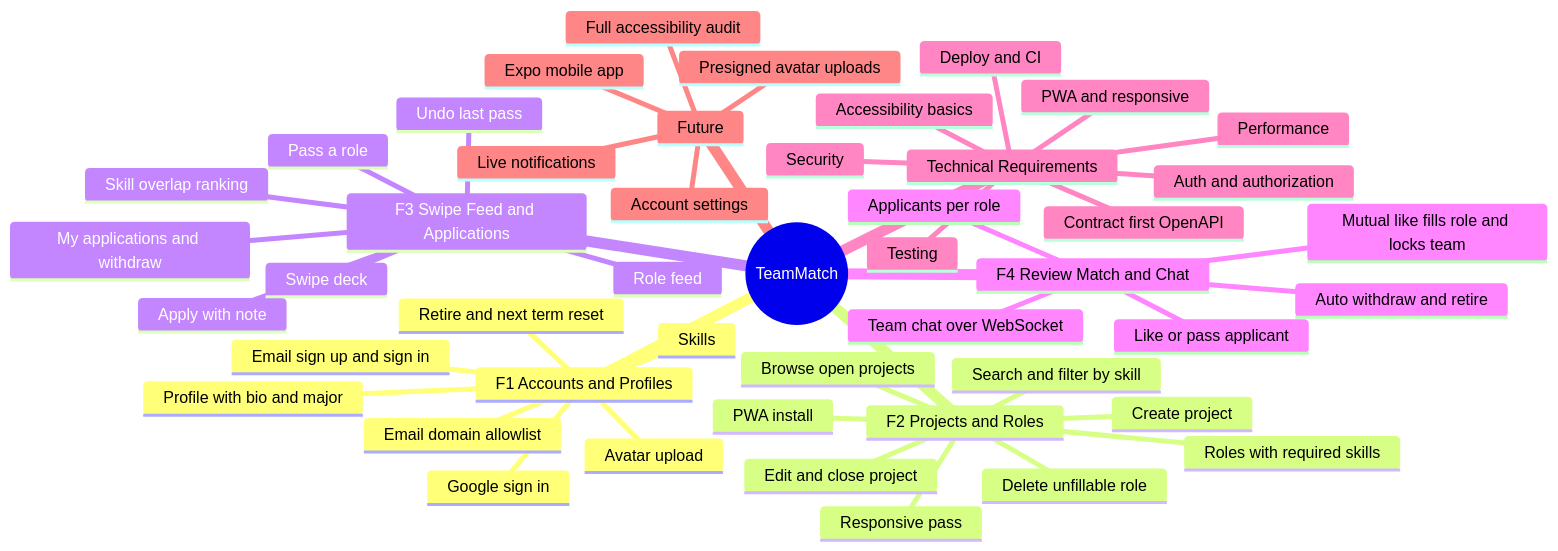
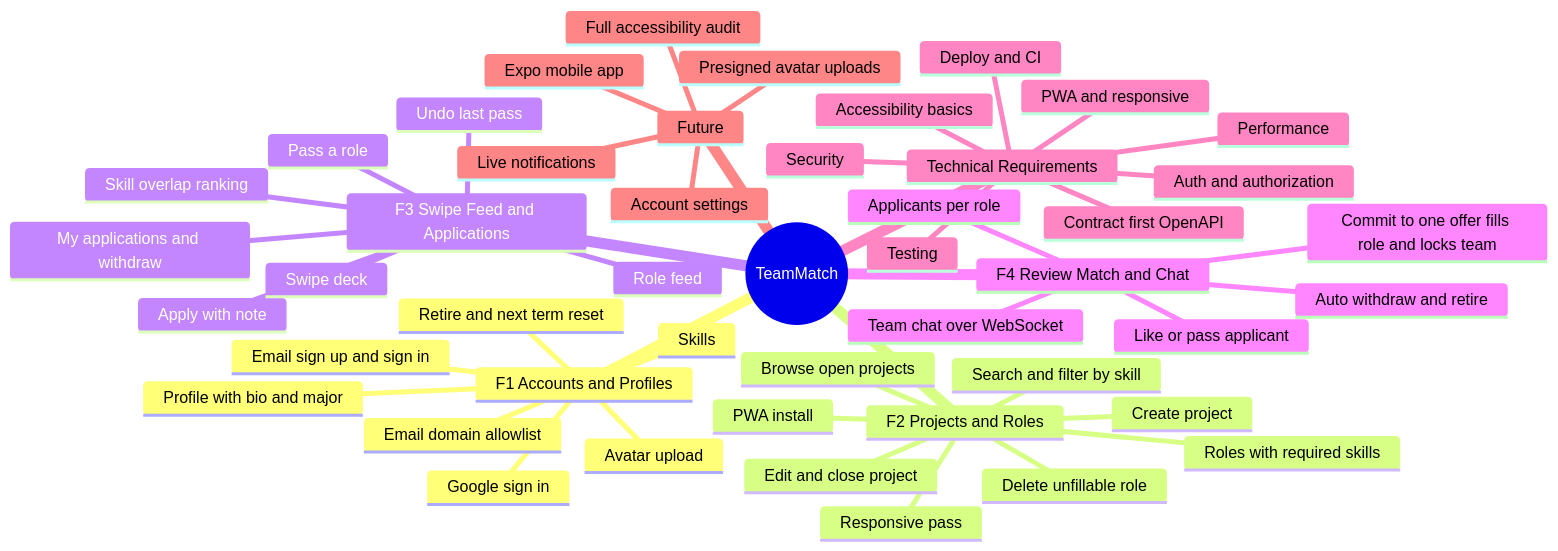
Before and after one commit to season101/teammatch: the second of 2 diagrams in docs/product/prd.md, drawn with Mermaid. The commit also changed other lines of this file and 21 other files, not shown here.

First line of the commit message:
feat(matching): commit to one offer (F4-10) (#216)

````diff
--- a/docs/product/prd.md
+++ b/docs/product/prd.md
@@ -157,50 +157,50 @@
 ```mermaid
 mindmap
   root((TeamMatch))
     F1 Accounts and Profiles
       Email sign up and sign in
       Google sign in
       Email domain allowlist
       Profile with bio and major
       Skills
       Avatar upload
       Retire and next term reset
     F2 Projects and Roles
       Create project
       Roles with required skills
       Browse open projects
       Edit and close project
       Delete unfillable role
       Search and filter by skill
       PWA install
       Responsive pass
     F3 Swipe Feed and Applications
       Role feed
       Apply with note
       Swipe deck
       Skill overlap ranking
       Pass a role
       My applications and withdraw
       Undo last pass
     F4 Review Match and Chat
       Applicants per role
       Like or pass applicant
-      Mutual like fills role and locks team
+      Commit to one offer fills role and locks team
       Auto withdraw and retire
       Team chat over WebSocket
     Technical Requirements
       Contract first OpenAPI
       Auth and authorization
       Security
       Performance
       PWA and responsive
       Deploy and CI
       Testing
       Accessibility basics
     Future
       Expo mobile app
       Live notifications
       Account settings
       Full accessibility audit
       Presigned avatar uploads
 ```
````
